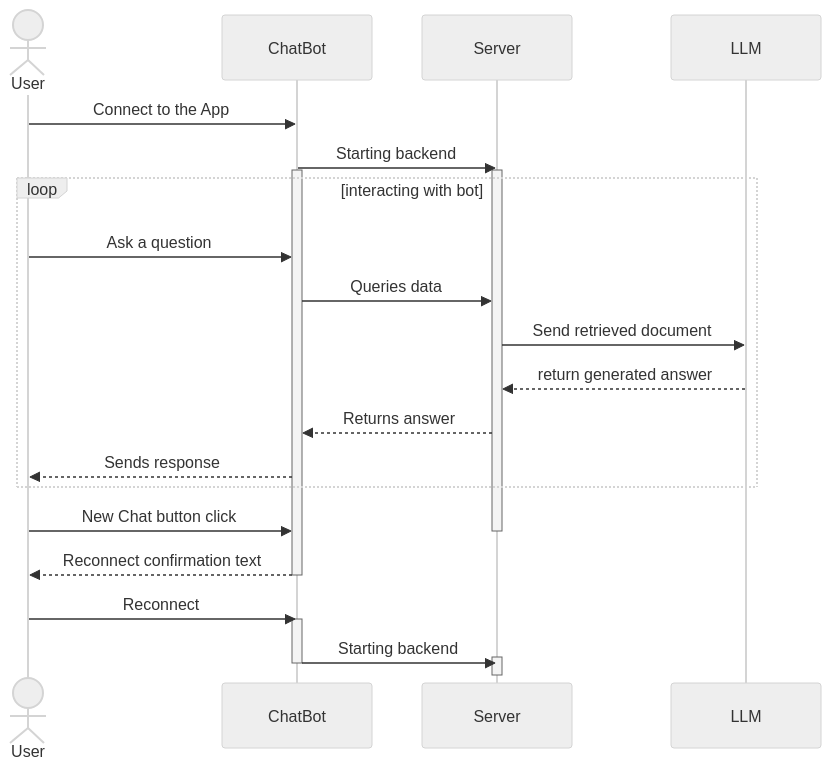
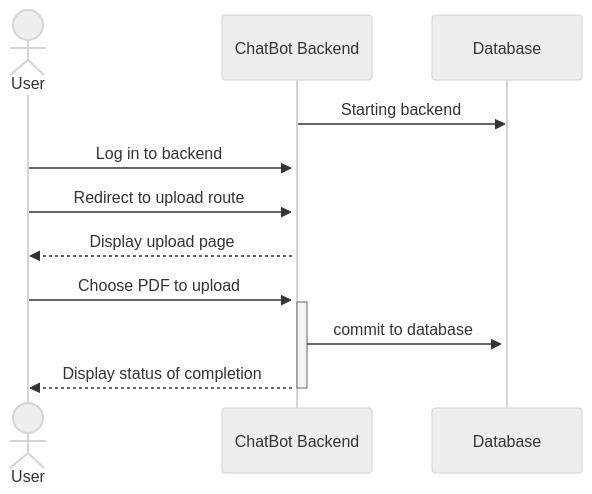
The fifth of 6 diagrams in documentation/docs/system-architecture/Sequence-Diagram.md (Capstone-Projects-2025-Spring/project-003-bioinformatics-chatbot), drawn with Mermaid (neutral theme) before and after one commit. The commit also changed other lines of this file and 8 other files, not shown here.

````diff
--- a/documentation/docs/system-architecture/Sequence-Diagram.md
+++ b/documentation/docs/system-architecture/Sequence-Diagram.md
@@ -146,36 +146,20 @@
 ```mermaid
 sequenceDiagram
     actor A as User
-    participant B as ChatBot
-    participant C as Server
-    participant D as LLM
+    participant B as ChatBot Backend
+    participant C as Database
     
     
-    A->>B: Connect to the App
     B->>C: Starting backend
     activate B
     activate C
-    loop interacting with bot
-        A->>B: Ask a question
-        B->>C: Queries data
-        C->>D: Send retrieved document
-        D-->>C: return generated answer
-        C-->>B: Returns answer
-        B-->>A: Sends response
-    end
-    A->>B: New Chat button click
-    
-    deactivate C
-
-    B-->>A: Reconnect confirmation text
-    
-    deactivate B
-    A->>B: Reconnect
+    A->>B: Log in to backend
+    A->>B: Redirect to upload route
+    B-->>A: Display upload page  
+    A->>B: Choose PDF to upload
     activate B
-    
-    B->>C: Starting backend
-    activate C
-    deactivate C
+    B->>C: commit to database
+    B-->>A: Display status of completion 
     deactivate B
     
 ```
````
